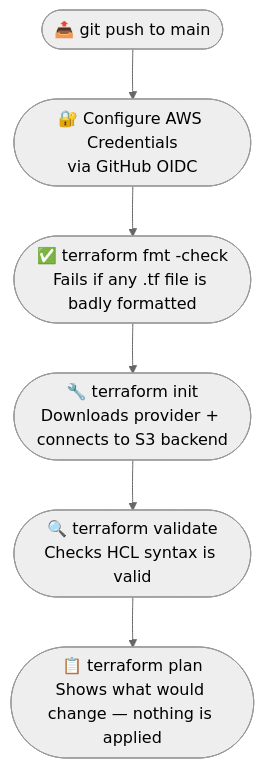
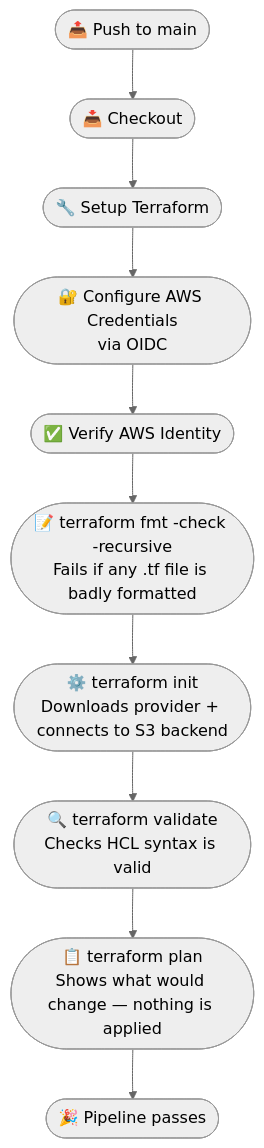
Before and after one commit to ADDYY27/terraform-aws-infrastructure: the third of 5 diagrams in README.md, drawn with Mermaid (neutral theme). The commit also changed other lines of this file and 3 other files, not shown here.

````diff
--- a/README.md
+++ b/README.md
@@ -250,14 +291,12 @@
 ```mermaid
 flowchart TD
-    A(["📤 git push to main"]) --> B
-
-    B(["🔐 Configure AWS Credentials\nvia GitHub OIDC"]) --> C
-
-    C(["✅ terraform fmt -check\nFails if any .tf file is badly formatted"]) --> D
-
-    D(["🔧 terraform init\nDownloads provider + connects to S3 backend"]) --> E
-
-    E(["🔍 terraform validate\nChecks HCL syntax is valid"]) --> F
-
-    F(["📋 terraform plan\nShows what would change — nothing is applied"])
+    Push(["📤 Push to main"]) --> Checkout(["📥 Checkout"])
+    Checkout --> Setup(["🔧 Setup Terraform"])
+    Setup --> Creds(["🔐 Configure AWS Credentials\nvia OIDC"])
+    Creds --> Who(["✅ Verify AWS Identity"])
+    Who --> Fmt(["📝 terraform fmt -check -recursive\nFails if any .tf file is badly formatted"])
+    Fmt --> Init(["⚙️ terraform init\nDownloads provider + connects to S3 backend"])
+    Init --> Val(["🔍 terraform validate\nChecks HCL syntax is valid"])
+    Val --> Plan(["📋 terraform plan\nShows what would change — nothing is applied"])
+    Plan --> Done(["🎉 Pipeline passes"])
 ```
````
